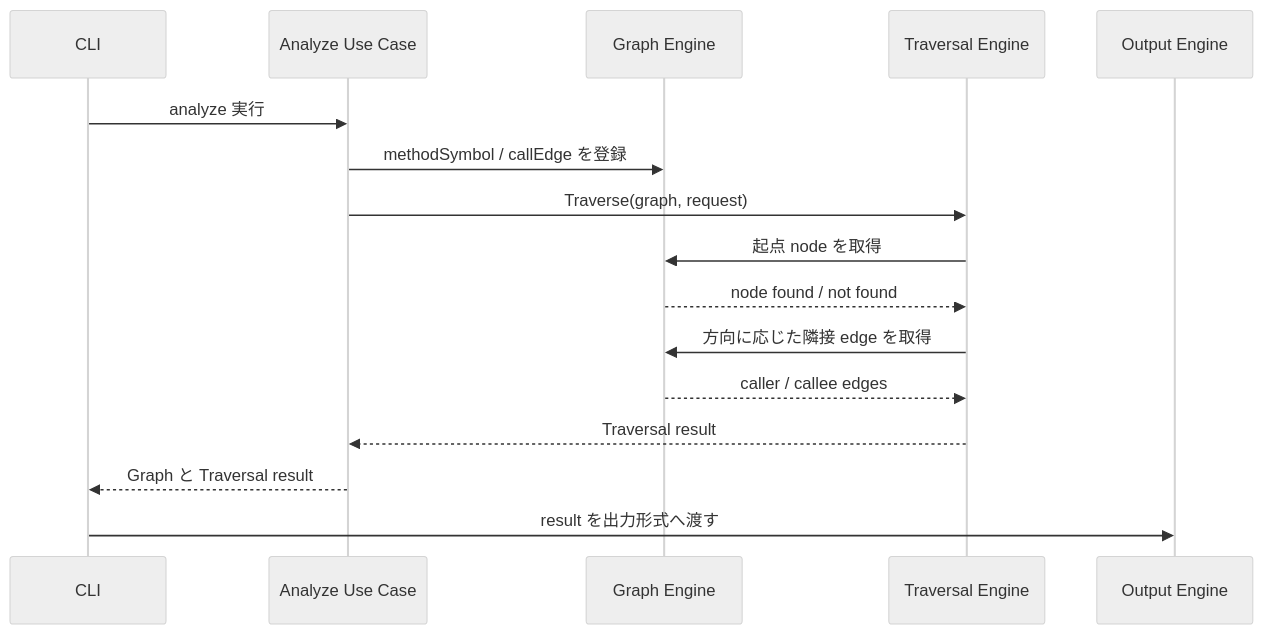
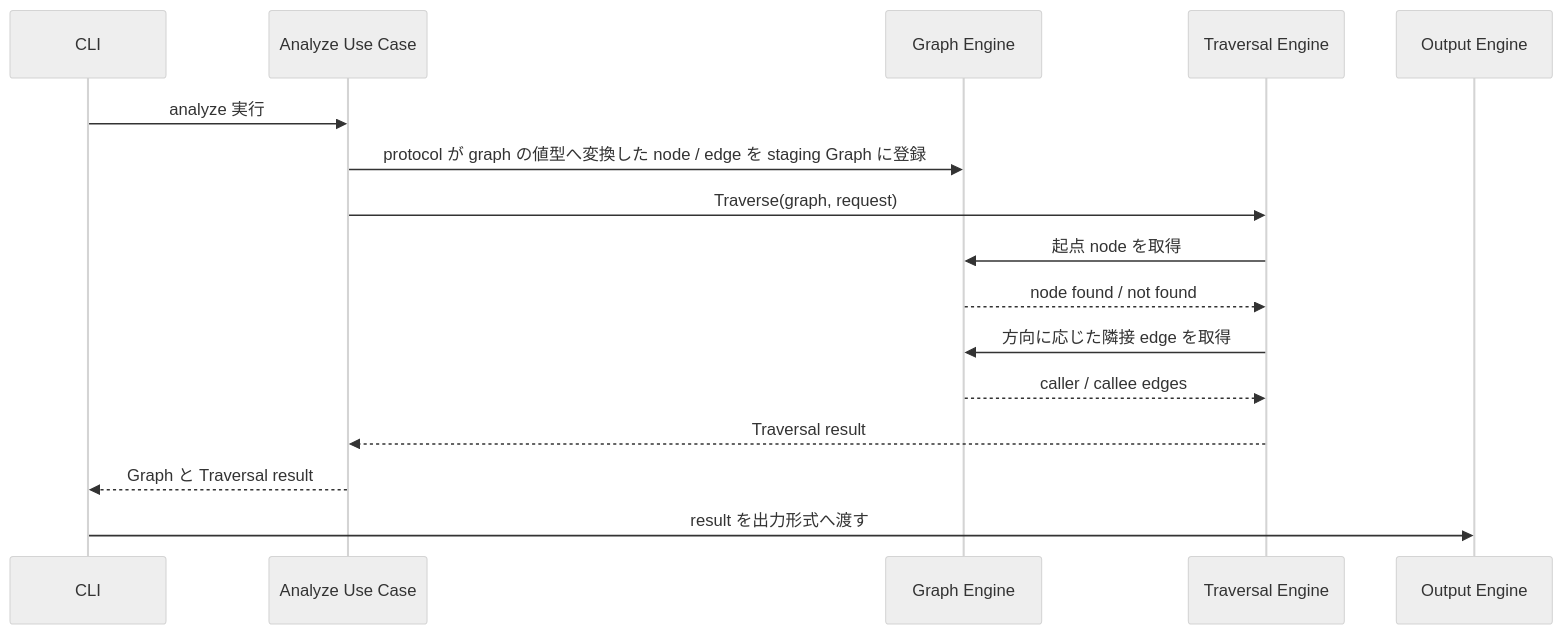
The third of 3 diagrams in core/internal/traversal/DesignDoc.md (Fukuemon/depwalk), drawn with Mermaid (neutral theme) before and after one commit. The commit also changed 7 other files, not shown here.

First line of the commit message:
docs: レビューの指摘に合わせて、図の依存、fixture の説明、使い方の条件を直す #95

````diff
--- a/core/internal/traversal/DesignDoc.md
+++ b/core/internal/traversal/DesignDoc.md
@@ -145,19 +145,19 @@
 ```mermaid
 sequenceDiagram
     participant CLI as CLI
     participant UseCase as Analyze Use Case
     participant Graph as Graph Engine
     participant Traversal as Traversal Engine
     participant Output as Output Engine
 
     CLI->>UseCase: analyze 実行
-    UseCase->>Graph: methodSymbol / callEdge を登録
+    UseCase->>Graph: protocol が graph の値型へ変換した node / edge を staging Graph に登録
     UseCase->>Traversal: Traverse(graph, request)
     Traversal->>Graph: 起点 node を取得
     Graph-->>Traversal: node found / not found
     Traversal->>Graph: 方向に応じた隣接 edge を取得
     Graph-->>Traversal: caller / callee edges
     Traversal-->>UseCase: Traversal result
     UseCase-->>CLI: Graph と Traversal result
     CLI->>Output: result を出力形式へ渡す
 ```
````
